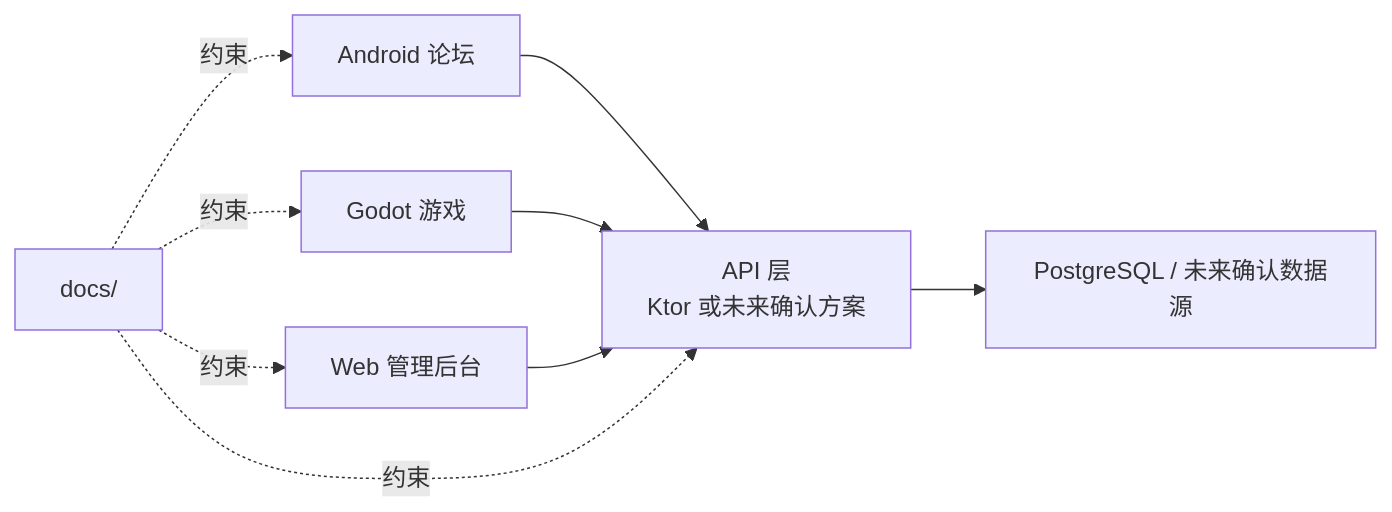
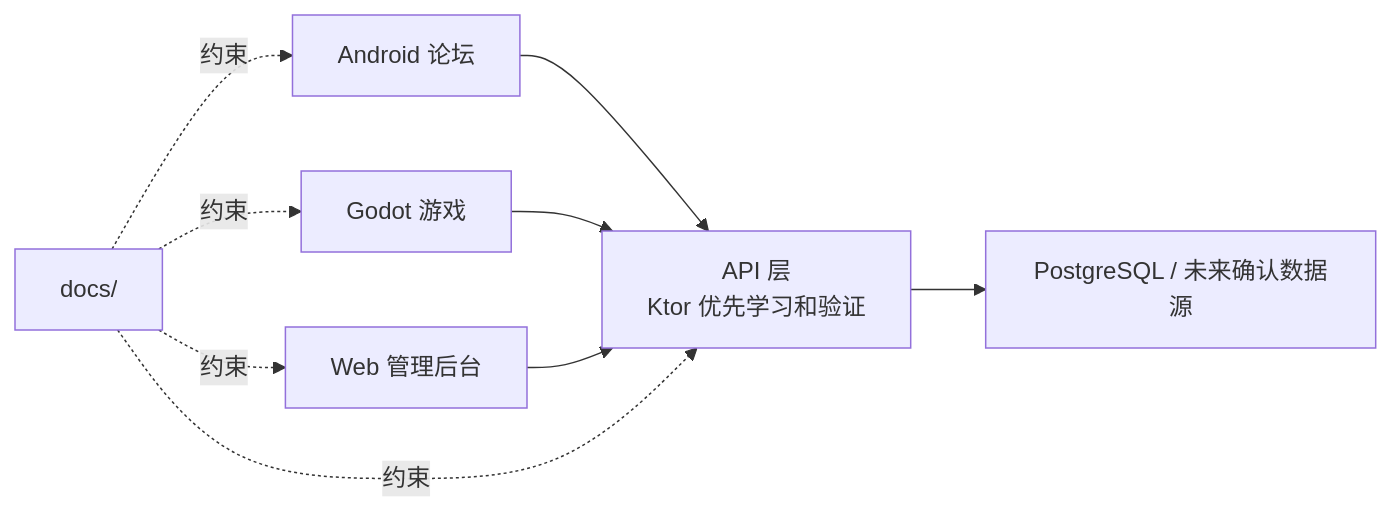
Before and after one commit to RuJ1Y/Cards-All: the diagram in docs/ARCHITECTURE.md, drawn with Mermaid. The commit also changed other lines of this file and 8 other files, not shown here.

````diff
--- a/docs/ARCHITECTURE.md
+++ b/docs/ARCHITECTURE.md
@@ -16,18 +18,18 @@
 ```mermaid
 flowchart LR
     Android["Android 论坛"]
     Godot["Godot 游戏"]
     Admin["Web 管理后台"]
-    Api["API 层\nKtor 或未来确认方案"]
+    Api["API 层\nKtor 优先学习和验证"]
     Db["PostgreSQL / 未来确认数据源"]
     Docs["docs/"]
 
     Android --> Api
     Godot --> Api
     Admin --> Api
     Api --> Db
     Docs -.约束.-> Android
     Docs -.约束.-> Godot
     Docs -.约束.-> Admin
     Docs -.约束.-> Api
 ```
````
